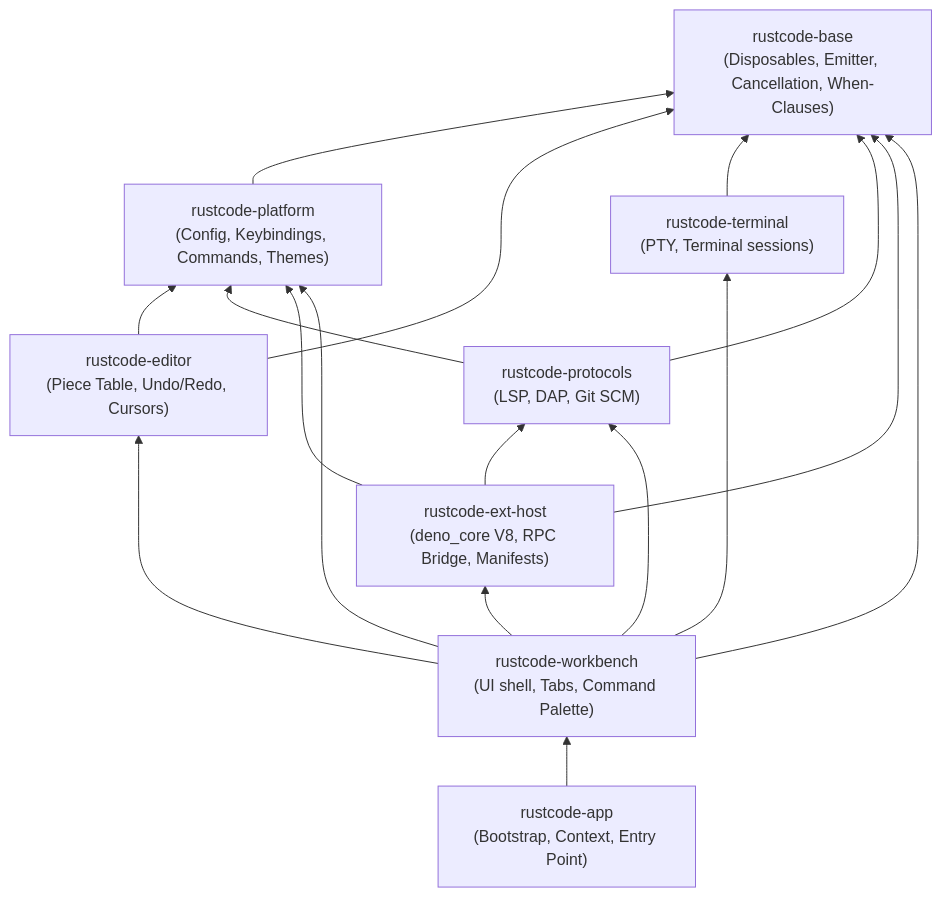
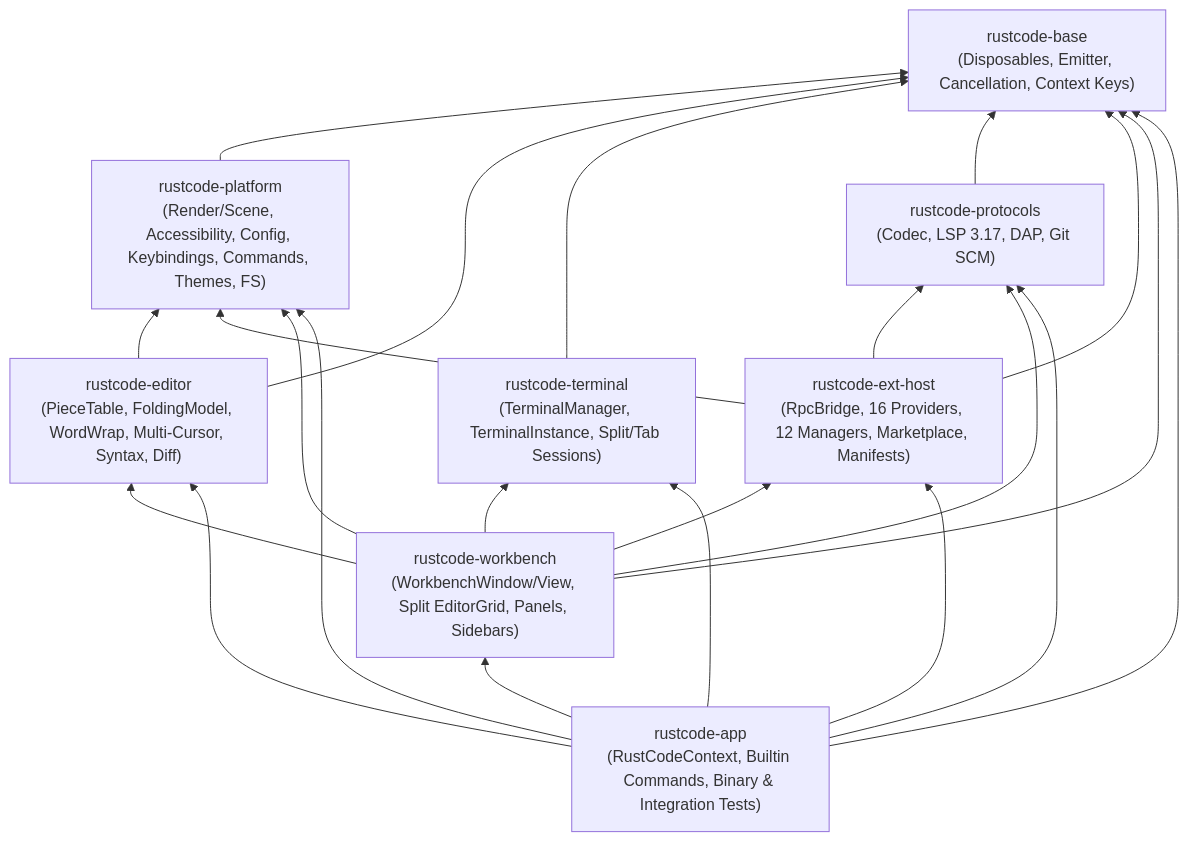
The diagram in docs/architecture.md (revelino01/vscode-in-rust), drawn with Mermaid before and after one commit. The commit also changed other lines of this file and 3 other files, not shown here.

Commit message:
docs(phase6-m5): refresh architecture, compat matrix, README, and implementation plan

````diff
--- a/docs/architecture.md
+++ b/docs/architecture.md
@@ -7,28 +16,33 @@
 ```mermaid
 flowchart BT
-    base["rustcode-base\n(Disposables, Emitter, Cancellation, When-Clauses)"]
-    platform["rustcode-platform\n(Config, Keybindings, Commands, Themes)"]
-    editor["rustcode-editor\n(Piece Table, Undo/Redo, Cursors)"]
-    terminal["rustcode-terminal\n(PTY, Terminal sessions)"]
-    protocols["rustcode-protocols\n(LSP, DAP, Git SCM)"]
-    exthost["rustcode-ext-host\n(deno_core V8, RPC Bridge, Manifests)"]
-    workbench["rustcode-workbench\n(UI shell, Tabs, Command Palette)"]
-    app["rustcode-app\n(Bootstrap, Context, Entry Point)"]
+    base["rustcode-base\n(Disposables, Emitter, Cancellation, Context Keys)"]
+    platform["rustcode-platform\n(Render/Scene, Accessibility, Config, Keybindings, Commands, Themes, FS)"]
+    editor["rustcode-editor\n(PieceTable, FoldingModel, WordWrap, Multi-Cursor, Syntax, Diff)"]
+    terminal["rustcode-terminal\n(TerminalManager, TerminalInstance, Split/Tab Sessions)"]
+    protocols["rustcode-protocols\n(Codec, LSP 3.17, DAP, Git SCM)"]
+    exthost["rustcode-ext-host\n(RpcBridge, 16 Providers, 12 Managers, Marketplace, Manifests)"]
+    workbench["rustcode-workbench\n(WorkbenchWindow/View, Split EditorGrid, Panels, Sidebars)"]
+    app["rustcode-app\n(RustCodeContext, Builtin Commands, Binary & Integration Tests)"]
 
     platform --> base
     editor --> base
     editor --> platform
     terminal --> base
     protocols --> base
-    protocols --> platform
     exthost --> base
     exthost --> platform
     exthost --> protocols
     workbench --> base
     workbench --> platform
     workbench --> editor
     workbench --> terminal
     workbench --> protocols
     workbench --> exthost
+    app --> base
+    app --> platform
+    app --> editor
+    app --> terminal
+    app --> protocols
+    app --> exthost
     app --> workbench
 ```
````
